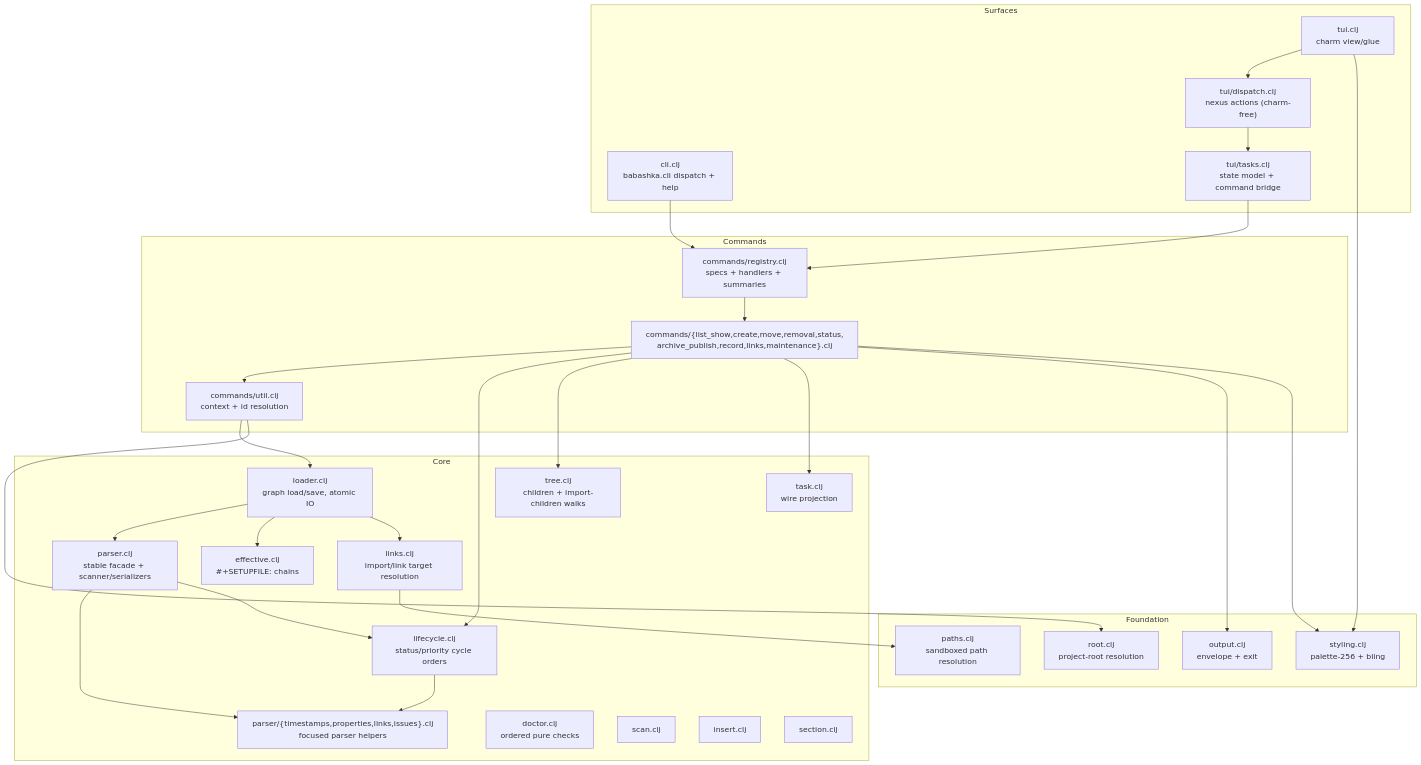
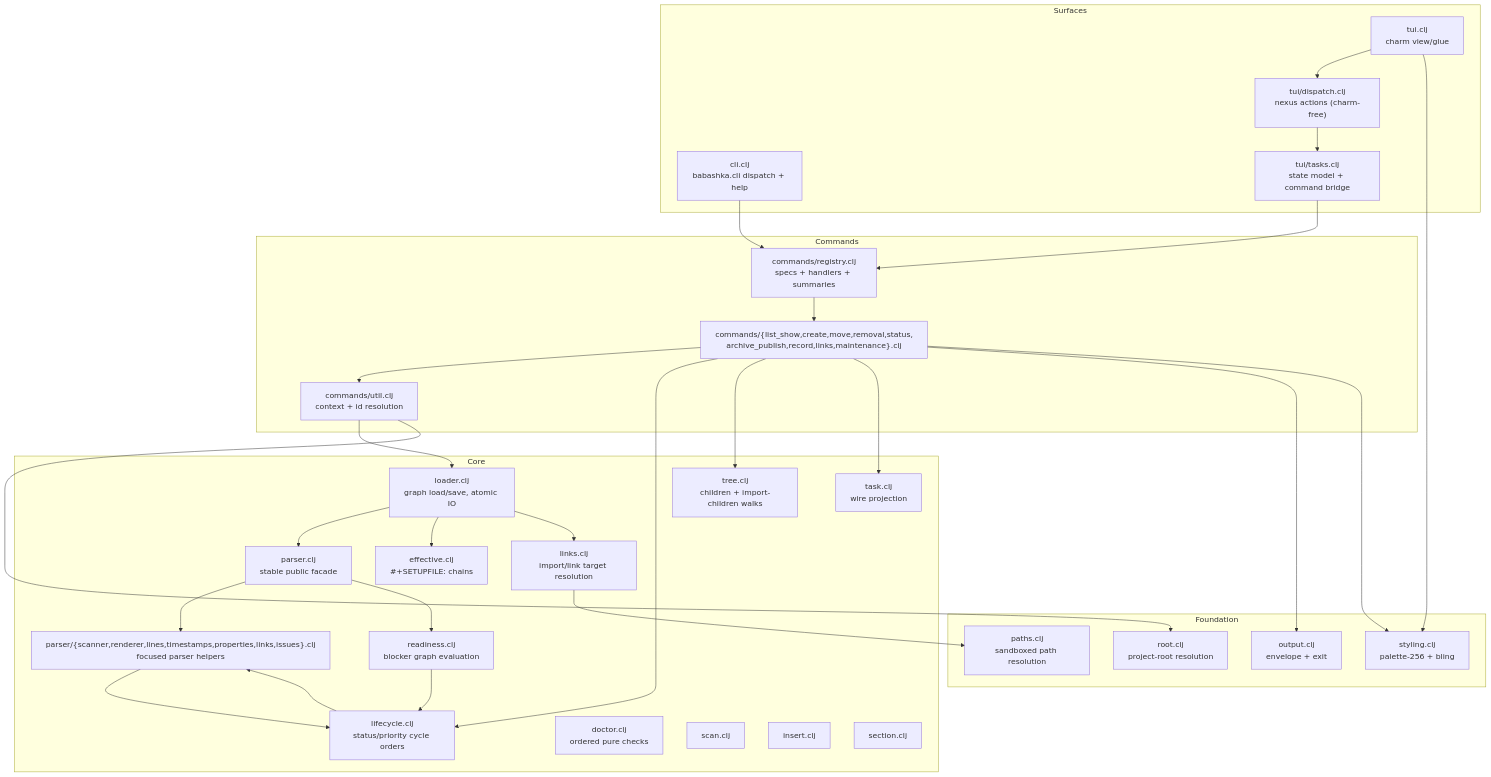
Before and after one commit to cormacc/dotagents: the first of 3 diagrams in skills/org-tasks/scripts/docs/DESIGN.org, drawn with Mermaid. The commit also changed other lines of this file and 19 other files, not shown here.

```diff
--- a/skills/org-tasks/scripts/docs/DESIGN.org
+++ b/skills/org-tasks/scripts/docs/DESIGN.org
@@ -10,50 +10,53 @@
 #+begin_src mermaid :file design-layers.png
 flowchart TD
     subgraph Surfaces
         CLI["cli.clj\nbabashka.cli dispatch + help"]
         TUI["tui.clj\ncharm view/glue"]
         TUID["tui/dispatch.clj\nnexus actions (charm-free)"]
         TUIT["tui/tasks.clj\nstate model + command bridge"]
     end
     subgraph Commands
         REG["commands/registry.clj\nspecs + handlers + summaries"]
         FAM["commands/{list_show,create,move,removal,status,\narchive_publish,record,links,maintenance}.clj"]
         UTIL["commands/util.clj\ncontext + id resolution"]
     end
     subgraph Core
         LOADER["loader.clj\ngraph load/save, atomic IO"]
-        PARSER["parser.clj\nstable facade + scanner/serializers"]
-        PARSERINT["parser/{timestamps,properties,links,issues}.clj\nfocused parser helpers"]
+        PARSER["parser.clj\nstable public facade"]
+        PARSERINT["parser/{scanner,renderer,lines,timestamps,properties,links,issues}.clj\nfocused parser helpers"]
+        READY["readiness.clj\nblocker graph evaluation"]
         EFF["effective.clj\n#+SETUPFILE: chains"]
         LINKS["links.clj\nimport/link target resolution"]
         TREE["tree.clj\nchildren + import-children walks"]
         LIFE["lifecycle.clj\nstatus/priority cycle orders"]
         TASK["task.clj\nwire projection"]
         DOCTOR["doctor.clj\nordered pure checks"]
         SCAN["scan.clj"]
         INSERT["insert.clj"]
         SECTION["section.clj"]
     end
     subgraph Foundation
         PATHS["paths.clj\nsandboxed path resolution"]
         ROOT["root.clj\nproject-root resolution"]
         OUT["output.clj\nenvelope + exit"]
         STYLE["styling.clj\npalette-256 + bling"]
     end
     CLI --> REG
     TUI --> TUID --> TUIT --> REG
     REG --> FAM --> UTIL --> LOADER
     FAM --> LIFE
     FAM --> TREE
     FAM --> TASK
     LOADER --> PARSER
     PARSER --> PARSERINT
-    PARSER --> LIFE
+    PARSER --> READY
+    PARSERINT --> LIFE
+    READY --> LIFE
     LIFE --> PARSERINT
     LOADER --> EFF
     LOADER --> LINKS --> PATHS
     FAM --> OUT
     FAM --> STYLE
     TUI --> STYLE
     UTIL --> ROOT
 #+end_src
```
